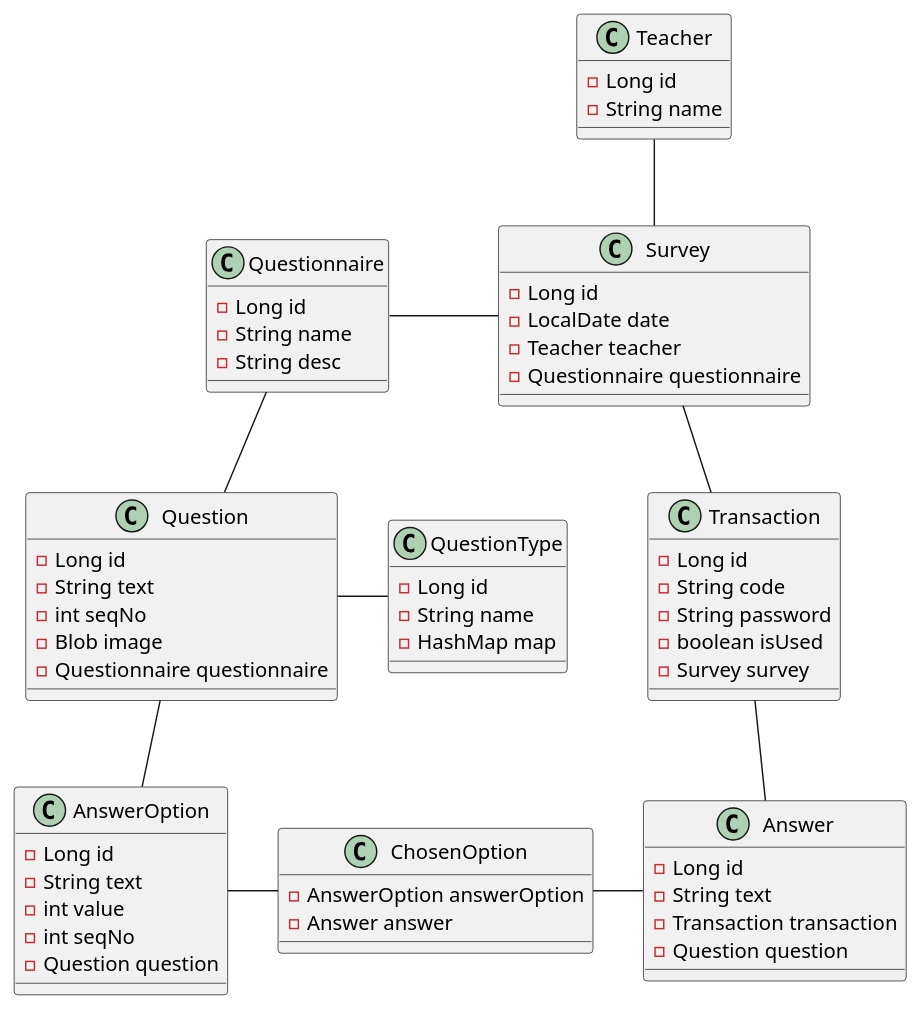
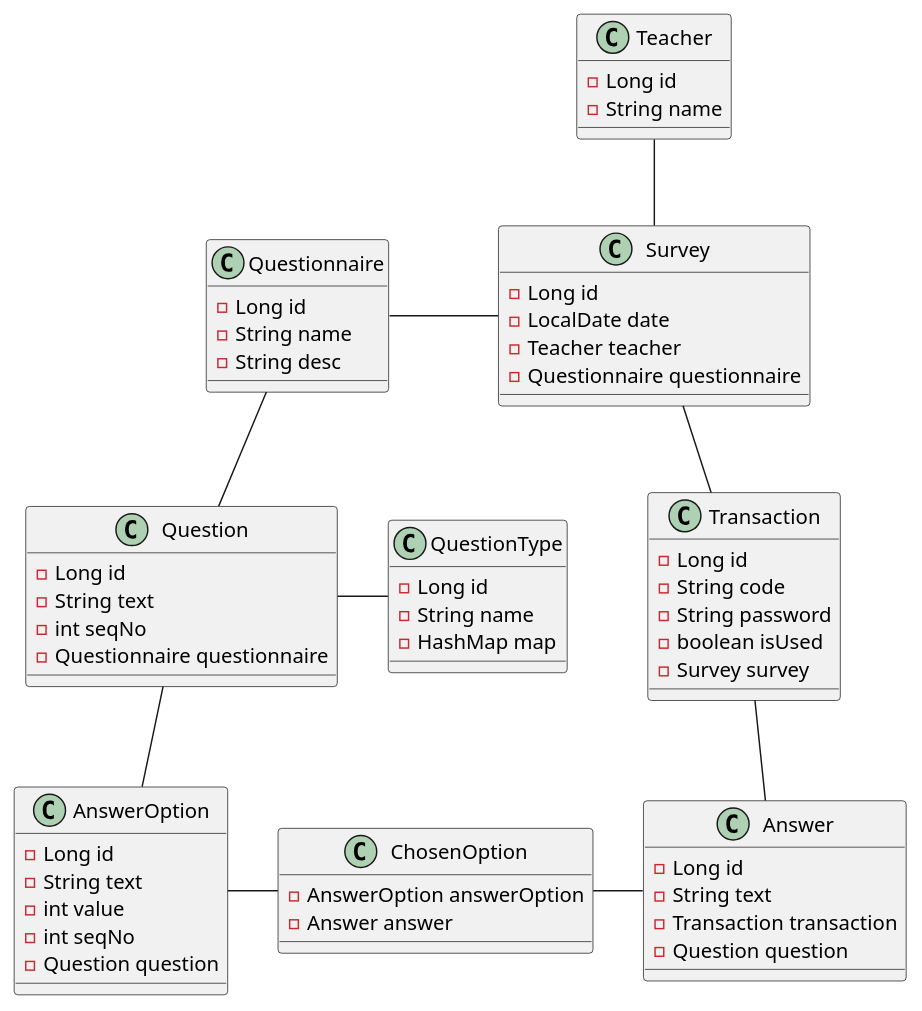
Before and after one commit to htl-leonding-project/2022-4ahif-leoquest: the diagram in asciidocs/classDiagram.puml, drawn with PlantUML. The commit also changed 2 other files, not shown here.

```diff
--- a/asciidocs/classDiagram.puml
+++ b/asciidocs/classDiagram.puml
@@ -1,83 +1,82 @@
 @startuml
 
 class Teacher {
 - Long id
 - String name
 
 }
 
 class Survey {
 - Long id
 - LocalDate date
 - Teacher teacher
 - Questionnaire questionnaire
 
 }
 
 class Questionnaire {
 - Long id
 - String name
 - String desc
 }
 
 class Question {
 - Long id
 - String text
 - int seqNo
-- Blob image
 - Questionnaire questionnaire
 
 
 }
 
 class QuestionType {
 - Long id
 - String name
 - HashMap map
 }
 
 class AnswerOption {
 - Long id
 - String text
 - int value
 - int seqNo
 - Question question
 
 }
 
 class ChosenOption {
 - AnswerOption answerOption
 - Answer answer
 
 }
 
 class Answer {
 - Long id
 - String text
 - Transaction transaction
 - Question question
 
 }
 
 class Transaction {
 - Long id
 - String code
 - String password
 - boolean isUsed
 - Survey survey
 
 
 }
 
 Teacher -down- Survey
 Survey -left- Questionnaire
 Questionnaire -- Question
 Question -left- QuestionType
 Question -- AnswerOption
 AnswerOption -right- ChosenOption
 ChosenOption  -right- Answer
 Answer -up- Transaction
 Survey -- Transaction
 
 
 @enduml
```
